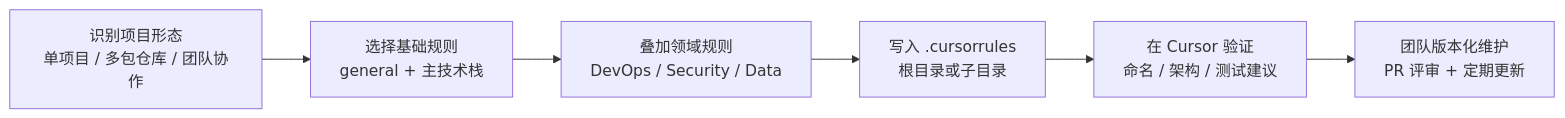
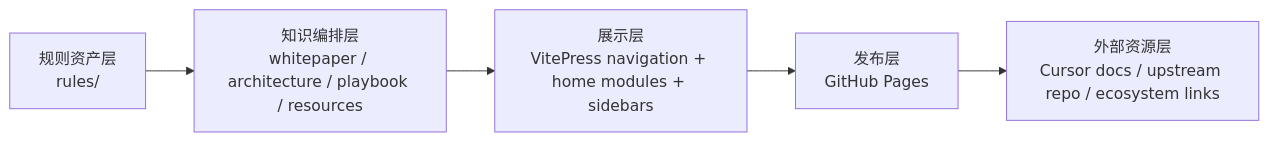
One commit to LessUp/awesome-cursorrules-zh changed the diagram in docs/zh/index.md. Above: the diagram before and after it, drawn with Mermaid. The commit also changed other lines of this file and 24 other files, not shown here.

Commit message:
feat: redesign pages architecture

````diff
--- a/docs/zh/index.md
+++ b/docs/zh/index.md
@@ -69,8 +143,7 @@
 ```mermaid
 flowchart LR
-    A[识别项目形态<br/>单项目 / 多包仓库 / 团队协作] --> B[选择基础规则<br/>general + 主技术栈]
-    B --> C[叠加领域规则<br/>DevOps / Security / Data]
-    C --> D[写入 .cursorrules<br/>根目录或子目录]
-    D --> E[在 Cursor 验证<br/>命名 / 架构 / 测试建议]
-    E --> F[团队版本化维护<br/>PR 评审 + 定期更新]
+    A[规则资产层<br/>rules/] --> B[知识编排层<br/>whitepaper / architecture / playbook / resources]
+    B --> C[展示层<br/>VitePress navigation + home modules + sidebars]
+    C --> D[发布层<br/>GitHub Pages]
+    D --> E[外部资源层<br/>Cursor docs / upstream repo / ecosystem links]
 ```
````
